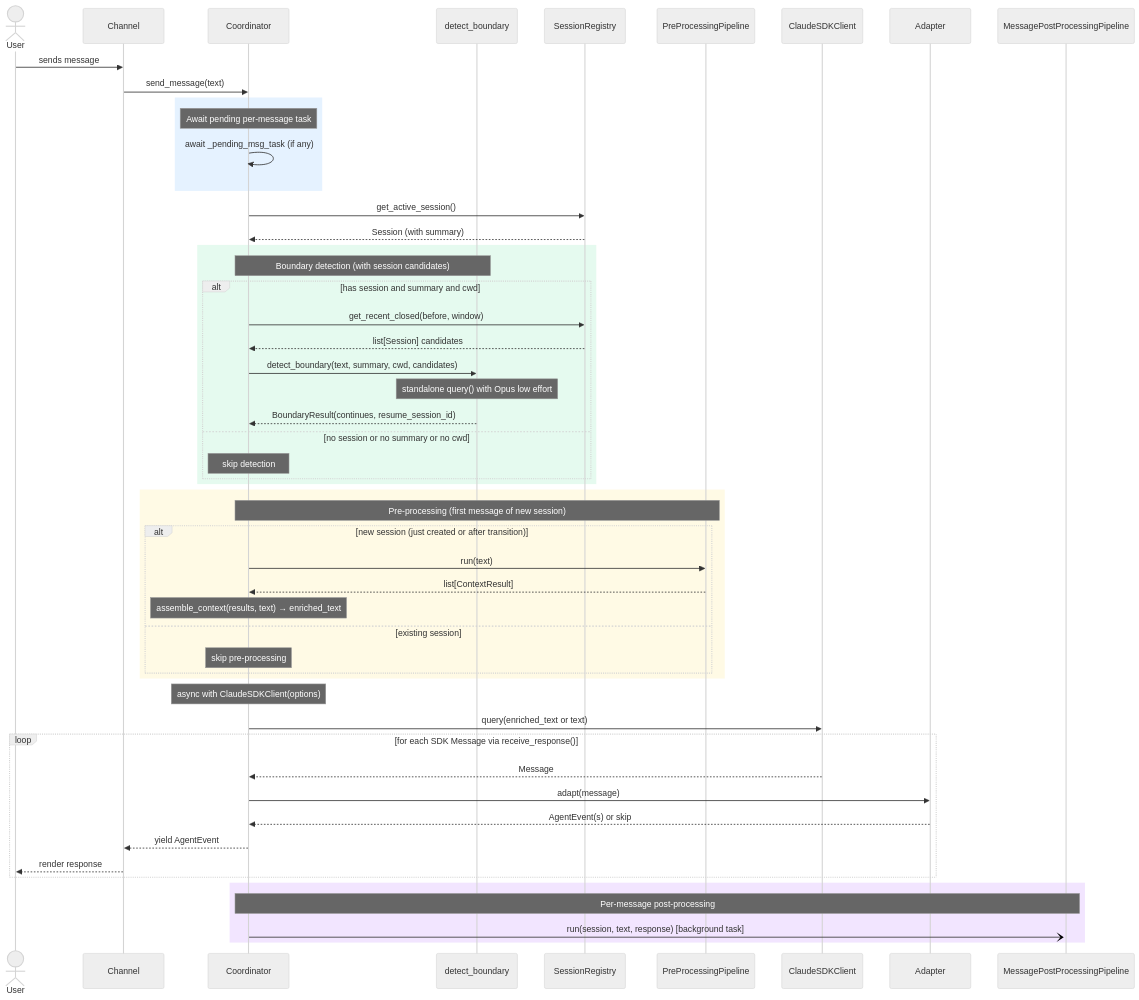
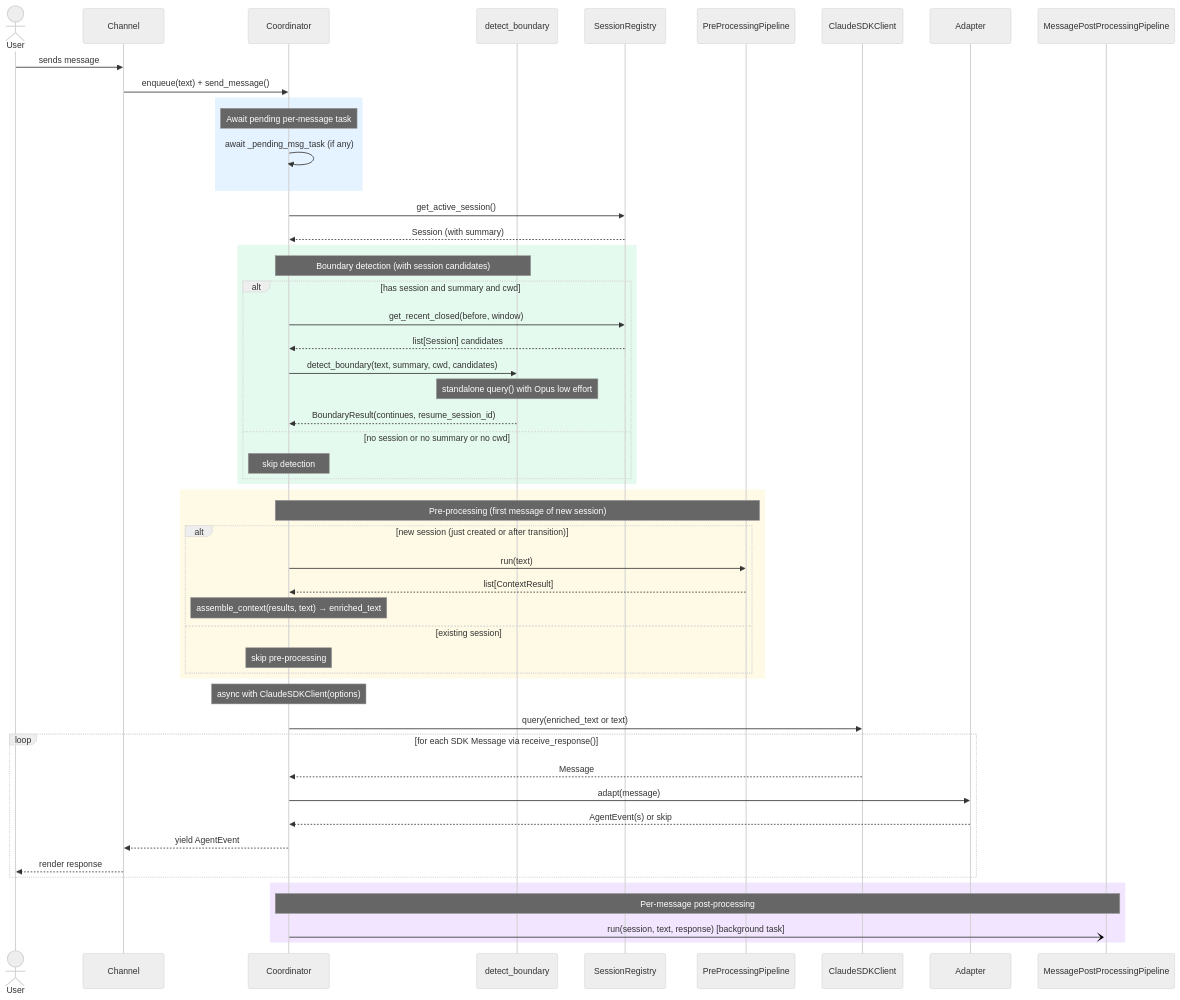
The first of 2 diagrams in docs/feature-designs/agent/core-architecture.md (asermax/tachikoma), drawn with Mermaid (neutral theme) before and after one commit. The commit also changed other lines of this file and 4 other files, not shown here.

````diff
--- a/docs/feature-designs/agent/core-architecture.md
+++ b/docs/feature-designs/agent/core-architecture.md
@@ -83,62 +84,62 @@
 ```mermaid
 sequenceDiagram
     actor User
     participant Channel
     participant Coord as Coordinator
     participant Detector as detect_boundary
     participant Registry as SessionRegistry
     participant PrePipeline as PreProcessingPipeline
     participant SDK as ClaudeSDKClient
     participant Adapter
     participant MsgPipeline as MessagePostProcessingPipeline
 
     User->>Channel: sends message
-    Channel->>Coord: send_message(text)
+    Channel->>Coord: enqueue(text) + send_message()
 
     rect rgba(0, 128, 255, 0.1)
         Note over Coord: Await pending per-message task
         Coord->>Coord: await _pending_msg_task (if any)
     end
 
     Coord->>Registry: get_active_session()
     Registry-->>Coord: Session (with summary)
 
     rect rgba(0, 200, 100, 0.1)
         Note over Coord,Detector: Boundary detection (with session candidates)
         alt has session and summary and cwd
             Coord->>Registry: get_recent_closed(before, window)
             Registry-->>Coord: list[Session] candidates
             Coord->>Detector: detect_boundary(text, summary, cwd, candidates)
             Note over Detector: standalone query() with Opus low effort
             Detector-->>Coord: BoundaryResult(continues, resume_session_id)
         else no session or no summary or no cwd
             Note over Coord: skip detection
         end
     end
 
     rect rgba(255, 200, 0, 0.1)
         Note over Coord,PrePipeline: Pre-processing (first message of new session)
         alt new session (just created or after transition)
             Coord->>PrePipeline: run(text)
             PrePipeline-->>Coord: list[ContextResult]
             Note over Coord: assemble_context(results, text) → enriched_text
         else existing session
             Note over Coord: skip pre-processing
         end
     end
 
     Note over Coord: async with ClaudeSDKClient(options)
     Coord->>SDK: query(enriched_text or text)
     loop for each SDK Message via receive_response()
         SDK-->>Coord: Message
         Coord->>Adapter: adapt(message)
         Adapter-->>Coord: AgentEvent(s) or skip
         Coord-->>Channel: yield AgentEvent
         Channel-->>User: render response
     end
 
     rect rgba(128, 0, 255, 0.1)
         Note over Coord,MsgPipeline: Per-message post-processing
         Coord-)+MsgPipeline: run(session, text, response) [background task]
     end
 ```
````
